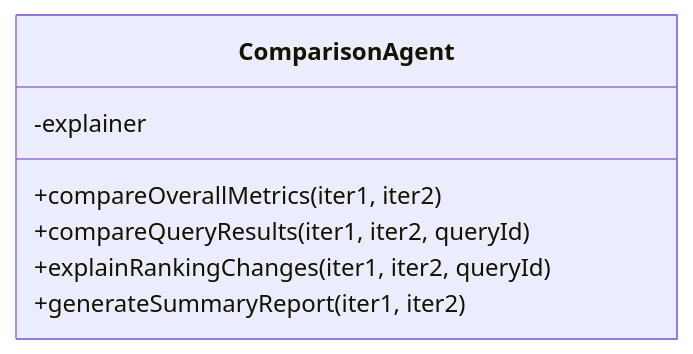
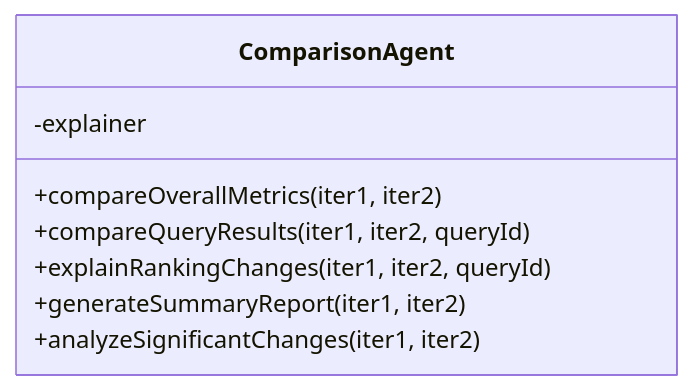
The seventh of 7 diagrams in ARCHITECTURE.md (sstults/solr-optimizer), drawn with Mermaid before and after one commit. The commit also changed other lines of this file and 12 other files, not shown here.

````diff
--- a/ARCHITECTURE.md
+++ b/ARCHITECTURE.md
@@ -201,10 +270,11 @@
 ```mermaid
 classDiagram
     class ComparisonAgent {
         +compareOverallMetrics(iter1, iter2)
         +compareQueryResults(iter1, iter2, queryId)
         +explainRankingChanges(iter1, iter2, queryId)
         +generateSummaryReport(iter1, iter2)
+        +analyzeSignificantChanges(iter1, iter2)
         -explainer
     }
 ```
````
